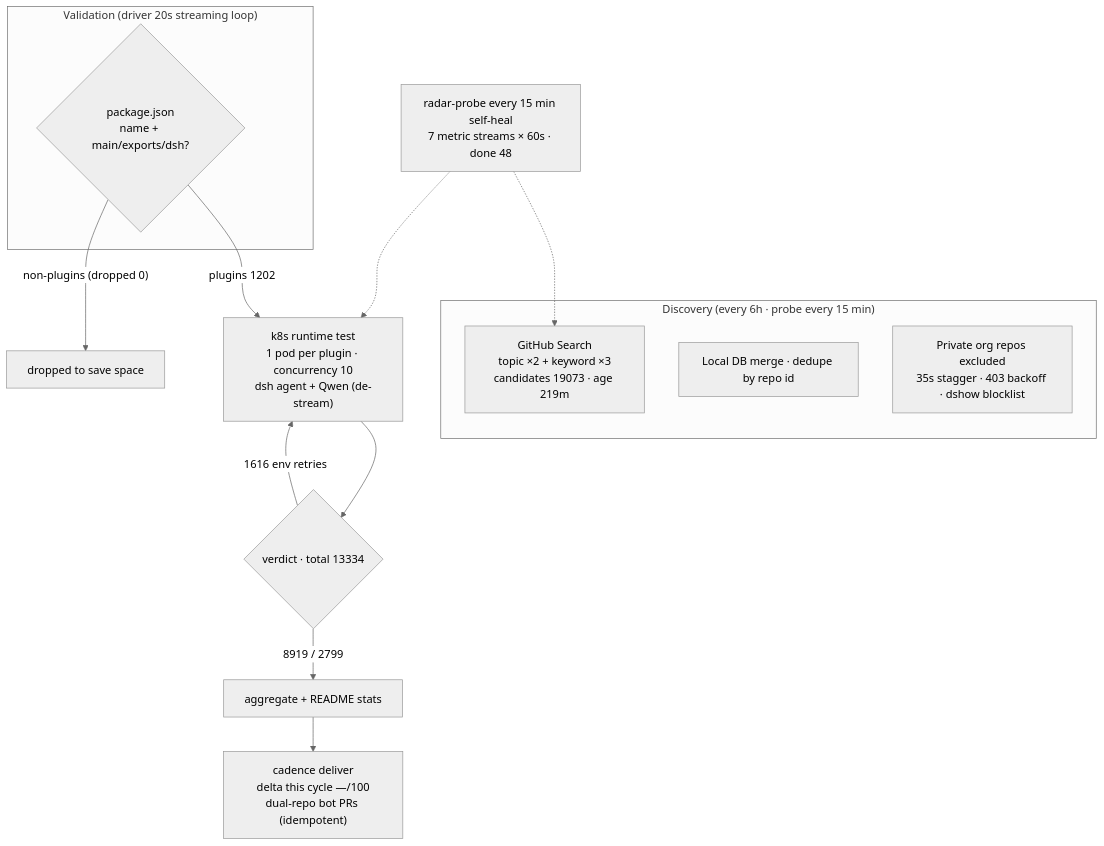
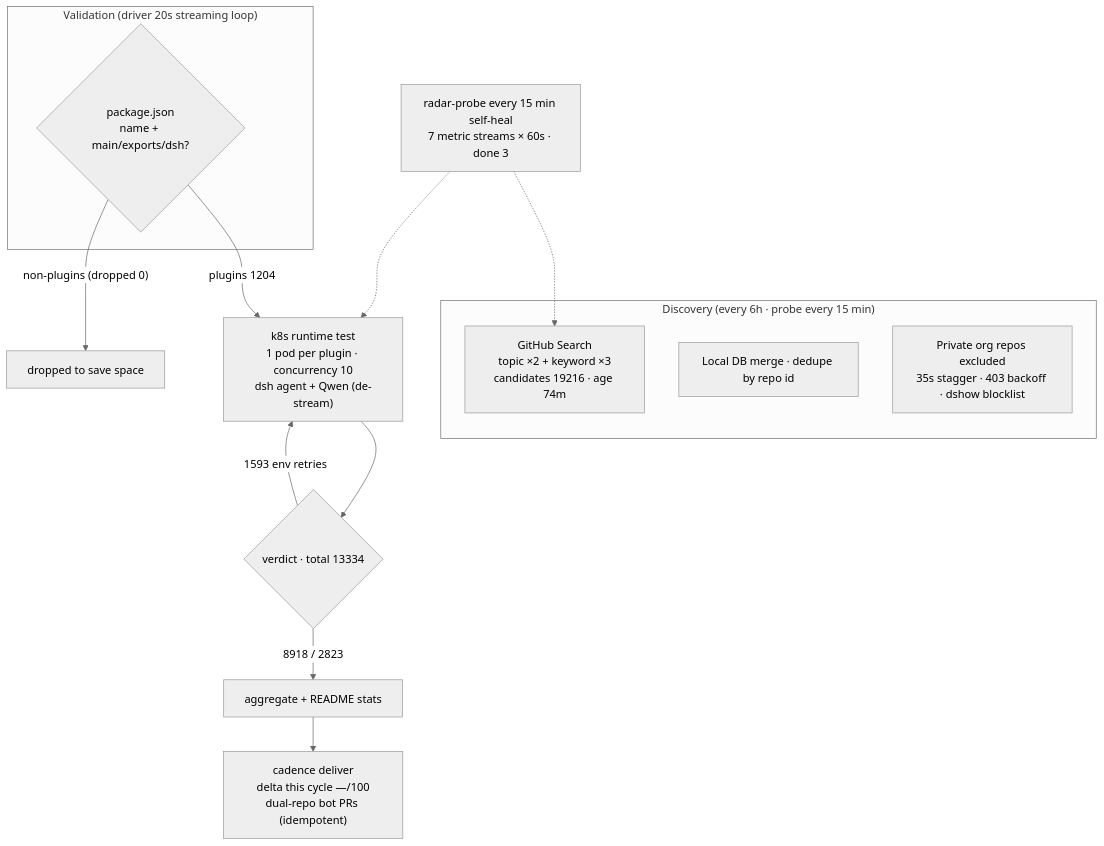
The diagram in README.en-US.md (AdamPlatin123/dsh-plugin-radar), drawn with Mermaid (neutral theme) before and after one commit. The commit also changed other lines of this file and 17 other files, not shown here.

````diff
--- a/README.en-US.md
+++ b/README.en-US.md
@@ -45,20 +45,20 @@
 ```mermaid
 flowchart TB
     subgraph Discovery["Discovery (every 6h · probe every 15 min)"]
-        A1["GitHub Search<br/>topic ×2 + keyword ×3<br/>candidates 19073 · age 219m"]
+        A1["GitHub Search<br/>topic ×2 + keyword ×3<br/>candidates 19216 · age 74m"]
         A2["Local DB merge · dedupe by repo id"]
         A3["Private org repos excluded<br/>35s stagger · 403 backoff · dshow blocklist"]
     end
     subgraph Validation["Validation (driver 20s streaming loop)"]
         B1{"package.json<br/>name + main/exports/dsh?"}
     end
-    B1 -->|"plugins 1202"| C1["k8s runtime test<br/>1 pod per plugin · concurrency 10<br/>dsh agent + Qwen (de-stream)"]
+    B1 -->|"plugins 1204"| C1["k8s runtime test<br/>1 pod per plugin · concurrency 10<br/>dsh agent + Qwen (de-stream)"]
     B1 -->|"non-plugins (dropped 0)"| B3["dropped to save space"]
     C1 --> D1{"verdict · total 13334"}
-    D1 -->|"8919 / 2799"| E1["aggregate + README stats"]
-    D1 -->|"1616 env retries"| C1
+    D1 -->|"8918 / 2823"| E1["aggregate + README stats"]
+    D1 -->|"1593 env retries"| C1
     E1 --> E2["cadence deliver<br/>delta this cycle —/100<br/>dual-repo bot PRs (idempotent)"]
-    M["radar-probe every 15 min self-heal<br/>7 metric streams × 60s · done 48"]
+    M["radar-probe every 15 min self-heal<br/>7 metric streams × 60s · done 3"]
     M -.-> A1
     M -.-> C1
 ```
````
